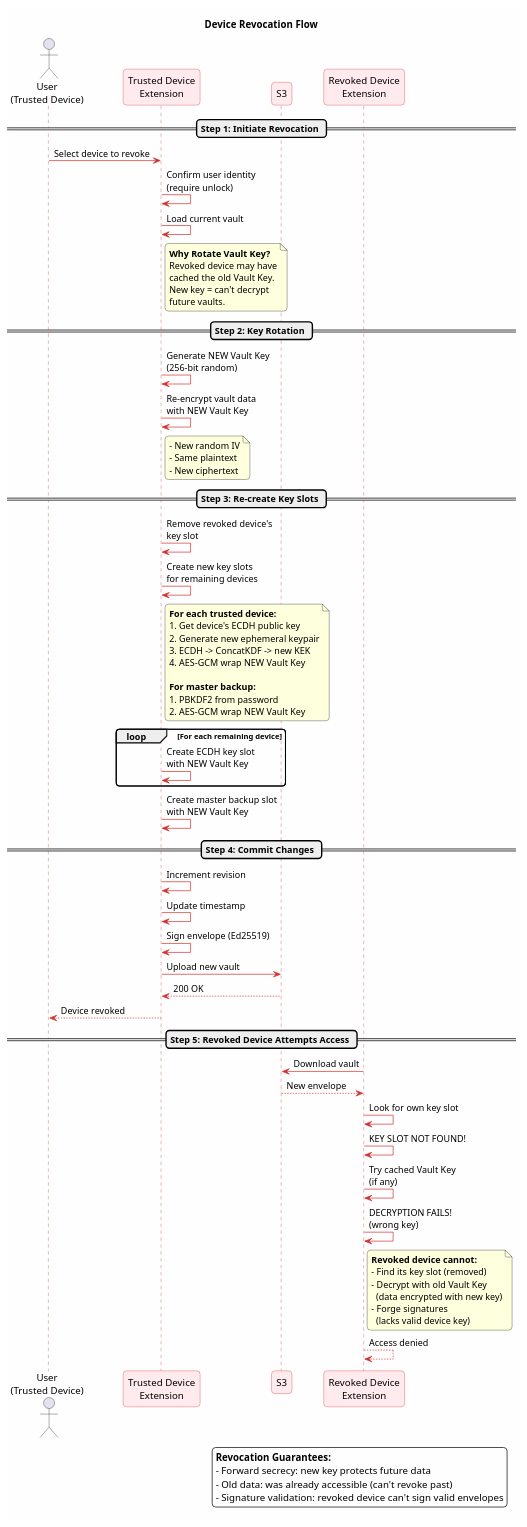
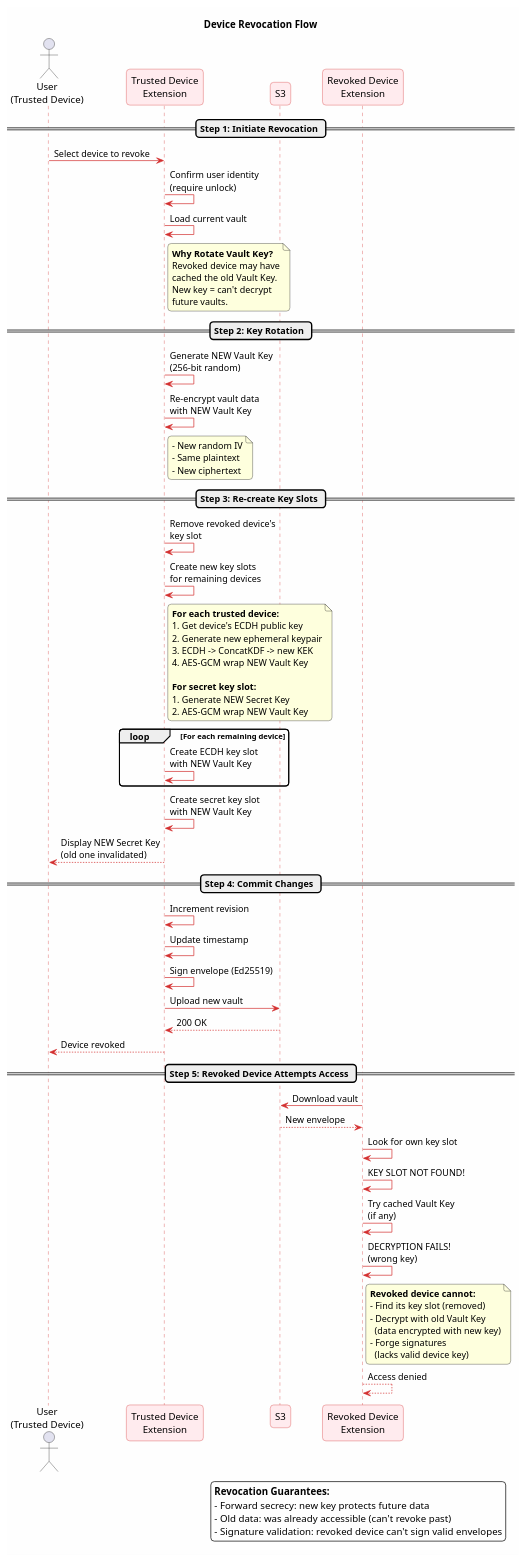
Before and after one commit to ArionStudio/engr-serverless-pm: the diagram in docs/architecture/sequence/04-device-revocation-key-rotation.sequence.puml, drawn with PlantUML. The commit also changed 12 other files, not shown here.

First line of the commit message:
feat(extension): rename recovery key to secret key and add self-enrollment device flow

```diff
--- a/docs/architecture/sequence/04-device-revocation-key-rotation.sequence.puml
+++ b/docs/architecture/sequence/04-device-revocation-key-rotation.sequence.puml
@@ -1,108 +1,110 @@
 @startuml 04-device-revocation-key-rotation
 title Device Revocation Flow
 
 skinparam backgroundColor #FEFEFE
 skinparam roundcorner 10
 skinparam shadowing false
 
 skinparam sequence {
     ArrowColor #D32F2F
     LifeLineBorderColor #D32F2F
     ParticipantBackgroundColor #FFEBEE
     ParticipantBorderColor #D32F2F
 }
 
 actor "User\n(Trusted Device)" as user
 participant "Trusted Device\nExtension" as trusted
 participant "S3" as s3
 participant "Revoked Device\nExtension" as revoked
 
 == Step 1: Initiate Revocation ==
 
 user -> trusted : Select device to revoke
 trusted -> trusted : Confirm user identity\n(require unlock)
 trusted -> trusted : Load current vault
 
 note right of trusted
     **Why Rotate Vault Key?**
     Revoked device may have
     cached the old Vault Key.
     New key = can't decrypt
     future vaults.
 end note
 
 == Step 2: Key Rotation ==
 
 trusted -> trusted : Generate NEW Vault Key\n(256-bit random)
 
 trusted -> trusted : Re-encrypt vault data\nwith NEW Vault Key
 note right of trusted
     - New random IV
     - Same plaintext
     - New ciphertext
 end note
 
 == Step 3: Re-create Key Slots ==
 
 trusted -> trusted : Remove revoked device's\nkey slot
 
 trusted -> trusted : Create new key slots\nfor remaining devices
 note right of trusted
     **For each trusted device:**
     1. Get device's ECDH public key
     2. Generate new ephemeral keypair
     3. ECDH -> ConcatKDF -> new KEK
     4. AES-GCM wrap NEW Vault Key
 
-    **For master backup:**
-    1. PBKDF2 from password
+    **For secret key slot:**
+    1. Generate NEW Secret Key
     2. AES-GCM wrap NEW Vault Key
 end note
 
 loop For each remaining device
     trusted -> trusted : Create ECDH key slot\nwith NEW Vault Key
 end
 
-trusted -> trusted : Create master backup slot\nwith NEW Vault Key
+trusted -> trusted : Create secret key slot\nwith NEW Vault Key
+
+trusted --> user : Display NEW Secret Key\n(old one invalidated)
 
 == Step 4: Commit Changes ==
 
 trusted -> trusted : Increment revision
 trusted -> trusted : Update timestamp
 trusted -> trusted : Sign envelope (Ed25519)
 
 trusted -> s3 : Upload new vault
 s3 --> trusted : 200 OK
 
 trusted --> user : Device revoked
 
 == Step 5: Revoked Device Attempts Access ==
 
 revoked -> s3 : Download vault
 s3 --> revoked : New envelope
 
 revoked -> revoked : Look for own key slot
 revoked -> revoked : KEY SLOT NOT FOUND!
 
 revoked -> revoked : Try cached Vault Key\n(if any)
 revoked -> revoked : DECRYPTION FAILS!\n(wrong key)
 
 note right of revoked
     **Revoked device cannot:**
     - Find its key slot (removed)
     - Decrypt with old Vault Key
       (data encrypted with new key)
     - Forge signatures
       (lacks valid device key)
 end note
 
 revoked --> revoked : Access denied
 
 legend right
     **Revocation Guarantees:**
     - Forward secrecy: new key protects future data
     - Old data: was already accessible (can't revoke past)
     - Signature validation: revoked device can't sign valid envelopes
 endlegend
 
 @enduml
```
